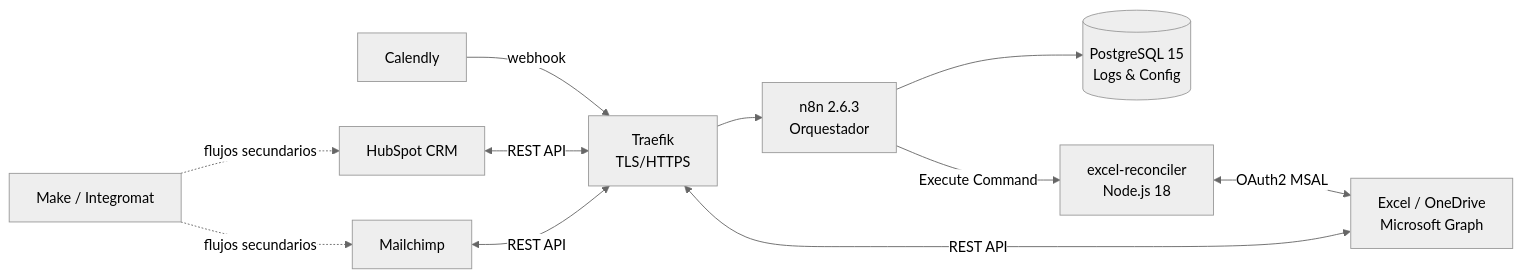
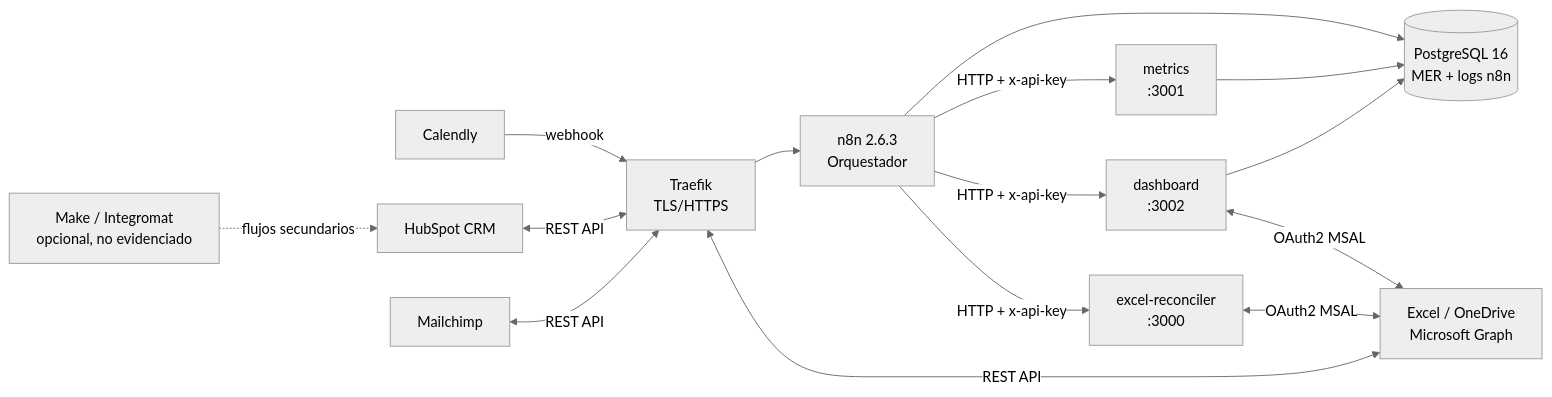
The diagram in README.md (Felipe937/tesis-automatizacion-fintech), drawn with Mermaid (neutral theme) before and after one commit. The commit also changed other lines of this file and 80 other files, not shown here.

First line of the commit message:
feat(arquitectura): integra metrics y dashboard con PostgreSQL/OneDrive y cierra RF-011, RF-012 y el MER

````diff
--- a/README.md
+++ b/README.md
@@ -101,13 +112,17 @@
 ```mermaid
 graph LR
     CAL[Calendly] -->|webhook| TRF[Traefik<br/>TLS/HTTPS]
     HUB[HubSpot CRM] <-->|REST API| TRF
     MAIL[Mailchimp] <-->|REST API| TRF
     MS[Excel / OneDrive<br/>Microsoft Graph] <-->|REST API| TRF
     TRF --> N8N[n8n 2.6.3<br/>Orquestador]
-    N8N --> PG[(PostgreSQL 15<br/>Logs & Config)]
-    N8N -->|Execute Command| EXC[excel-reconciler<br/>Node.js 18]
-    EXC <-->|OAuth2 MSAL| MS
-    MAKE[Make / Integromat] -.->|flujos secundarios| HUB
-    MAKE -.->|flujos secundarios| MAIL
+    N8N --> PG[(PostgreSQL 16<br/>MER + logs n8n)]
+    N8N -->|HTTP + x-api-key| MET[metrics<br/>:3001]
+    N8N -->|HTTP + x-api-key| DASH[dashboard<br/>:3002]
+    N8N -->|HTTP + x-api-key| REC[excel-reconciler<br/>:3000]
+    MET --> PG
+    DASH --> PG
+    REC <-->|OAuth2 MSAL| MS
+    DASH <-->|OAuth2 MSAL| MS
+    MAKE[Make / Integromat<br/>opcional, no evidenciado] -.->|flujos secundarios| HUB
 ```
````
